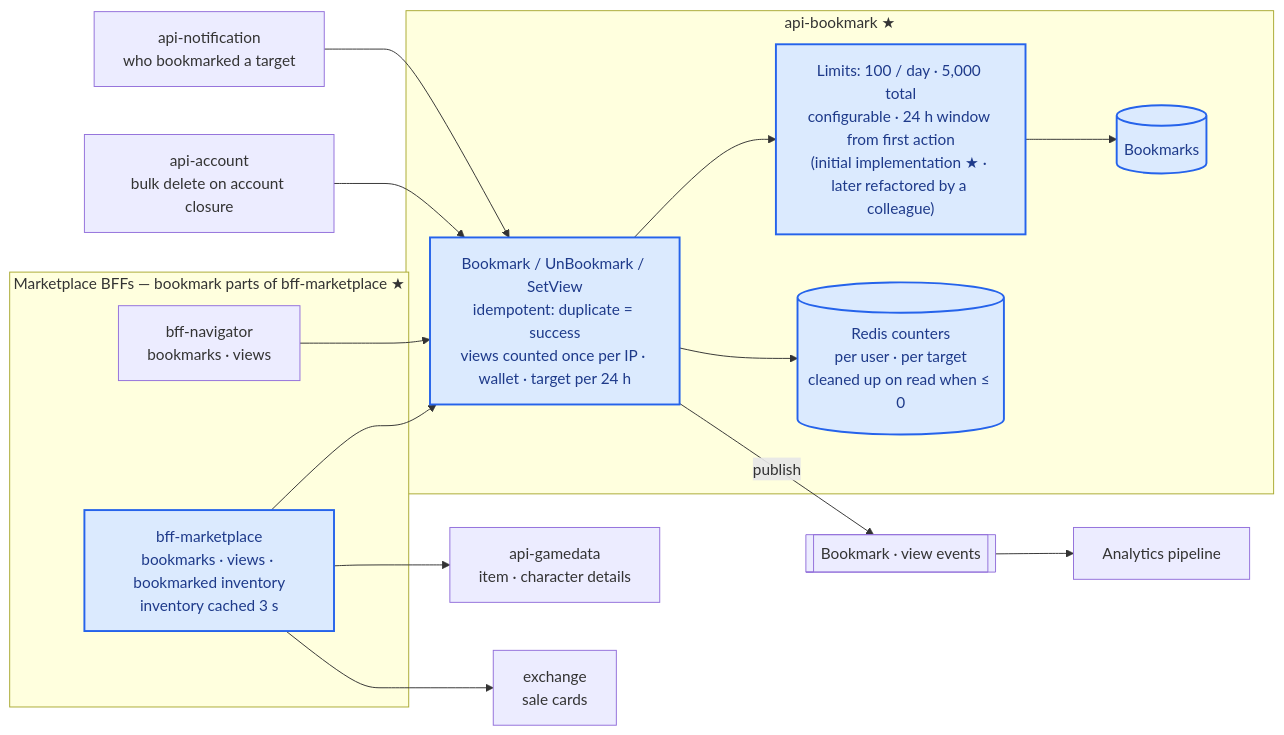
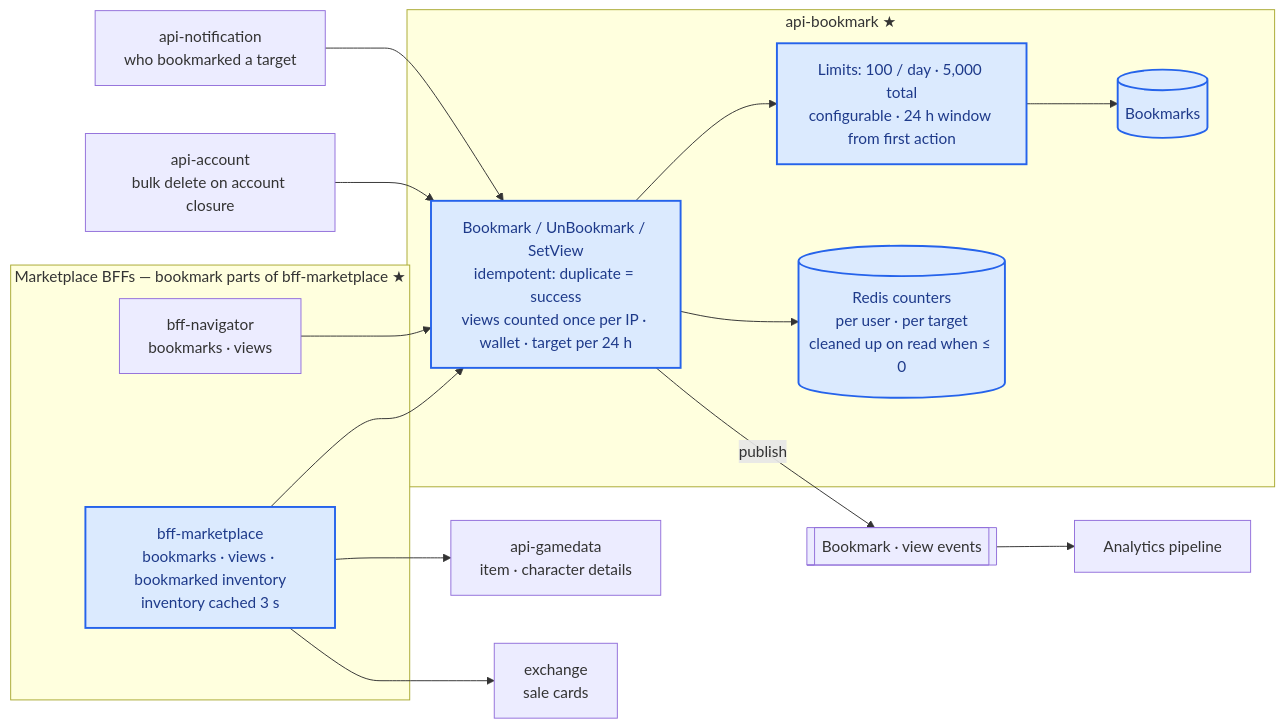
One commit to shalwxy/career changed the diagram in content/diagrams/bookmark.en.mmd. Above: the diagram before and after it, drawn with Mermaid. The commit also changed 15 other files, not shown here.

```diff
--- a/content/diagrams/bookmark.en.mmd
+++ b/content/diagrams/bookmark.en.mmd
@@ -1,24 +1,24 @@
 %% title: api-bookmark — bookmarks / view counts and marketplace BFFs
 flowchart LR
     subgraph BFF["Marketplace BFFs — bookmark parts of bff-marketplace ★"]
         M[bff-marketplace<br/>bookmarks · views · bookmarked inventory<br/>inventory cached 3 s]
         NV[bff-navigator<br/>bookmarks · views]
     end
     subgraph BK[api-bookmark ★]
         H[Bookmark / UnBookmark / SetView<br/>idempotent: duplicate = success<br/>views counted once per IP · wallet · target per 24 h]
-        L["Limits: 100 / day · 5,000 total<br/>configurable · 24 h window from first action<br/>(initial implementation ★ · later refactored by a colleague)"]
+        L["Limits: 100 / day · 5,000 total<br/>configurable · 24 h window from first action"]
         PG[(Bookmarks)]
         RD[(Redis counters<br/>per user · per target<br/>cleaned up on read when ≤ 0)]
     end
     AC[api-account<br/>bulk delete on account closure]
     NT[api-notification<br/>who bookmarked a target]
     GD[api-gamedata<br/>item · character details]
     EX[exchange<br/>sale cards]
     K[[Bookmark · view events]]
     M & NV --> H --> L --> PG
     H --> RD
     AC & NT --> H
     H -- publish --> K --> AN[Analytics pipeline]
     M --> GD & EX
     classDef mine fill:#dbeafe,stroke:#2563eb,stroke-width:2px,color:#1e3a8a
     class M,H,L,PG,RD mine
```
